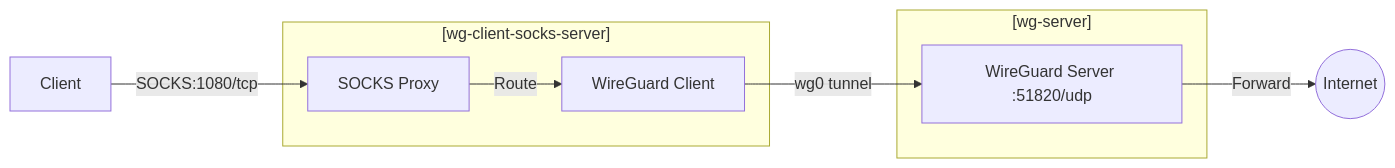
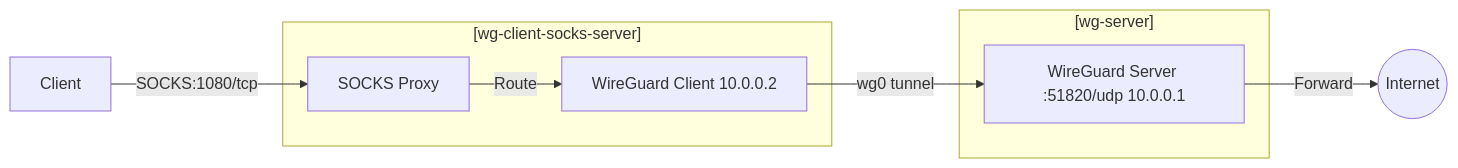
Before and after one commit to chillosu/wireguard-socks: the diagram in README.md, drawn with Mermaid. The commit also changed 3 other files, not shown here.

````diff
--- a/README.md
+++ b/README.md
@@ -10,15 +10,15 @@
 ```mermaid
 graph LR
     subgraph "[wg-client-socks-server]"
         SOCKS["SOCKS Proxy"]
-        wg-client["WireGuard Client"]
+        wg-client["WireGuard Client 10.0.0.2"]
         SOCKS -- Route --> wg-client
     end
     
     Client -- "SOCKS:1080/tcp" --> SOCKS
-    wg-client -- wg0 tunnel --> WGServer["WireGuard Server :51820/udp"]
+    wg-client -- wg0 tunnel --> WGServer["WireGuard Server :51820/udp 10.0.0.1"]
     subgraph "[wg-server]"
         WGServer
     end
     WGServer -- Forward --> Internet((Internet))
 ```
````
